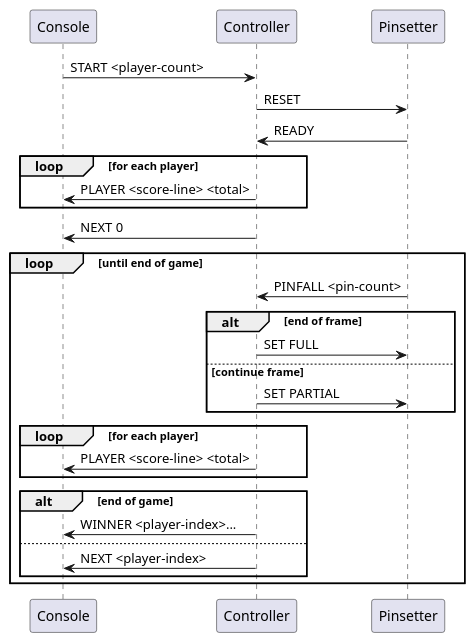
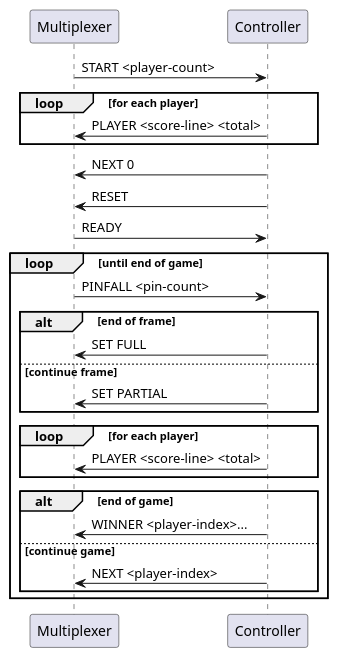
Before and after one commit to java-to-kotlin/kotlin-tdd-workshop: the third of 4 diagrams in docs/protocols.md, drawn with PlantUML. The commit also changed other lines of this file and 1 other file, not shown here.

````diff
--- a/docs/protocols.md
+++ b/docs/protocols.md
@@ -24,31 +58,35 @@
 ```plantuml
 @startuml
-Console -> Controller : START <player-count>
-Controller -> Pinsetter : RESET
-Controller <- Pinsetter : READY
+participant Multiplexer
+participant Controller
+
+Multiplexer -> Controller : START <player-count>
 
 loop for each player
-    Console <- Controller : PLAYER <score-line> <total>
+    Multiplexer <- Controller : PLAYER <score-line> <total>
 end
-Console <- Controller : NEXT 0
+Multiplexer <- Controller : NEXT 0
+
+Controller -> Multiplexer : RESET
+Controller <- Multiplexer : READY
 
 loop until end of game
-    Controller <- Pinsetter : PINFALL <pin-count>
-
+    Controller <- Multiplexer : PINFALL <pin-count>
+    
     alt end of frame
-        Controller -> Pinsetter : SET FULL
+        Controller -> Multiplexer : SET FULL
     else continue frame
-        Controller -> Pinsetter : SET PARTIAL
+        Controller -> Multiplexer : SET PARTIAL
     end
-
+    
     loop for each player
-        Console <- Controller : PLAYER <score-line> <total>
+        Multiplexer <- Controller : PLAYER <score-line> <total>
     end
     alt end of game
-        Console <- Controller : WINNER <player-index>...
-    else
-        Console <- Controller : NEXT <player-index>
+        Multiplexer <- Controller : WINNER <player-index>...
+    else continue game
+        Multiplexer <- Controller : NEXT <player-index>
     end
 end
 @enduml
 ```
````
